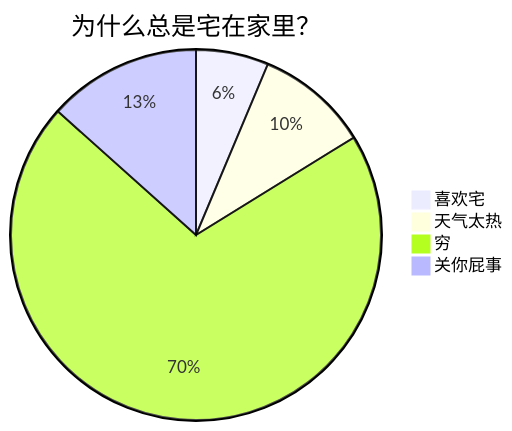
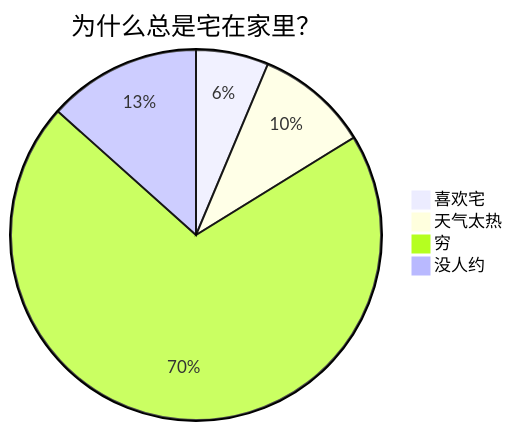
One commit to doocs/md changed the second of 2 diagrams in src/assets/example/markdown.md. Above: the diagram before and after it, drawn with Mermaid. The commit also changed other lines of this file, not shown here.

````diff
--- a/src/assets/example/markdown.md
+++ b/src/assets/example/markdown.md
@@ -301,8 +146,8 @@
 ```mermaid
 pie
  title 为什么总是宅在家里？
  "喜欢宅" : 45
  "天气太热" : 70
  "穷" : 500
- "关你屁事" : 95
+ "没人约" : 95
 ```
````
